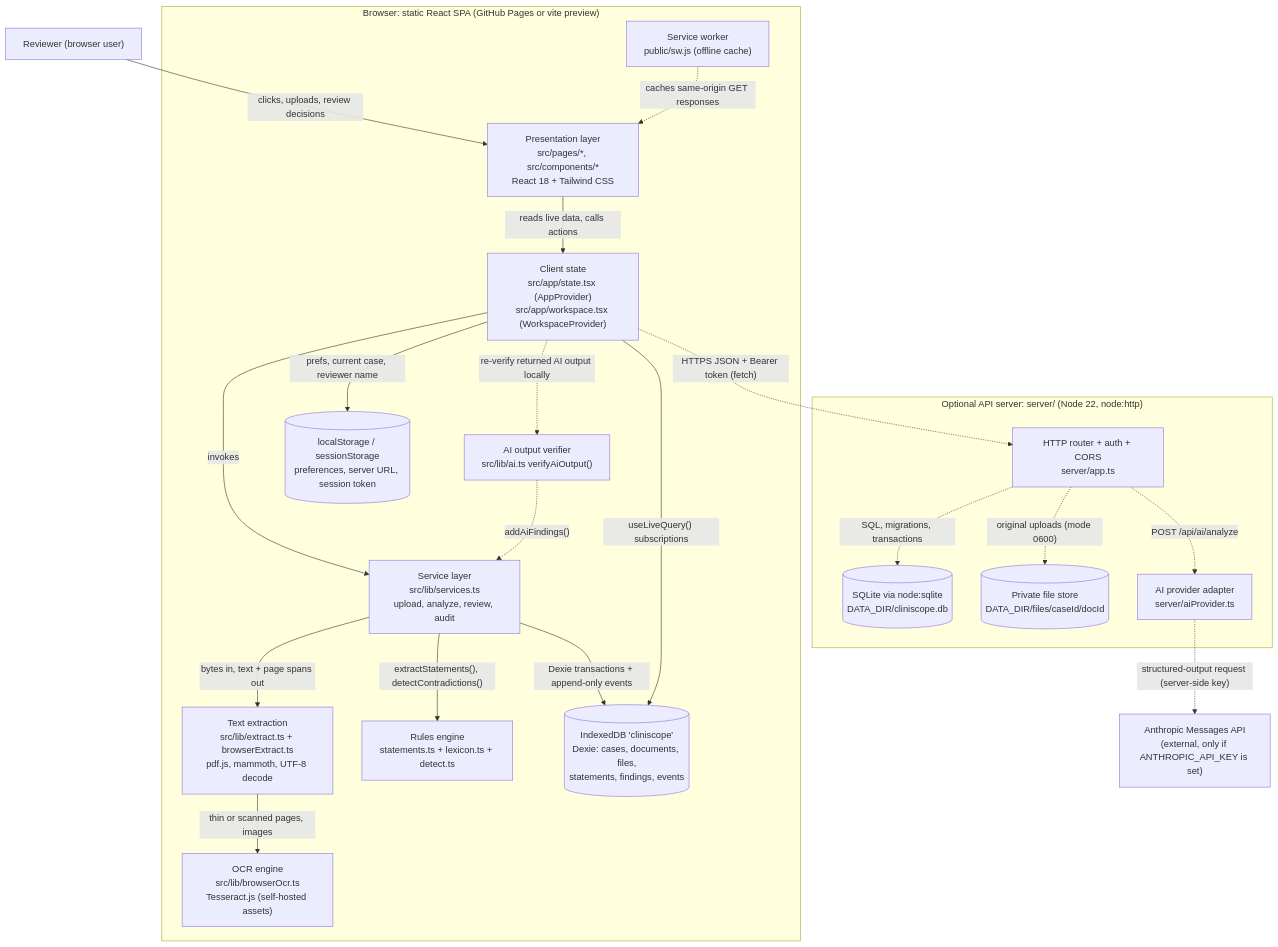
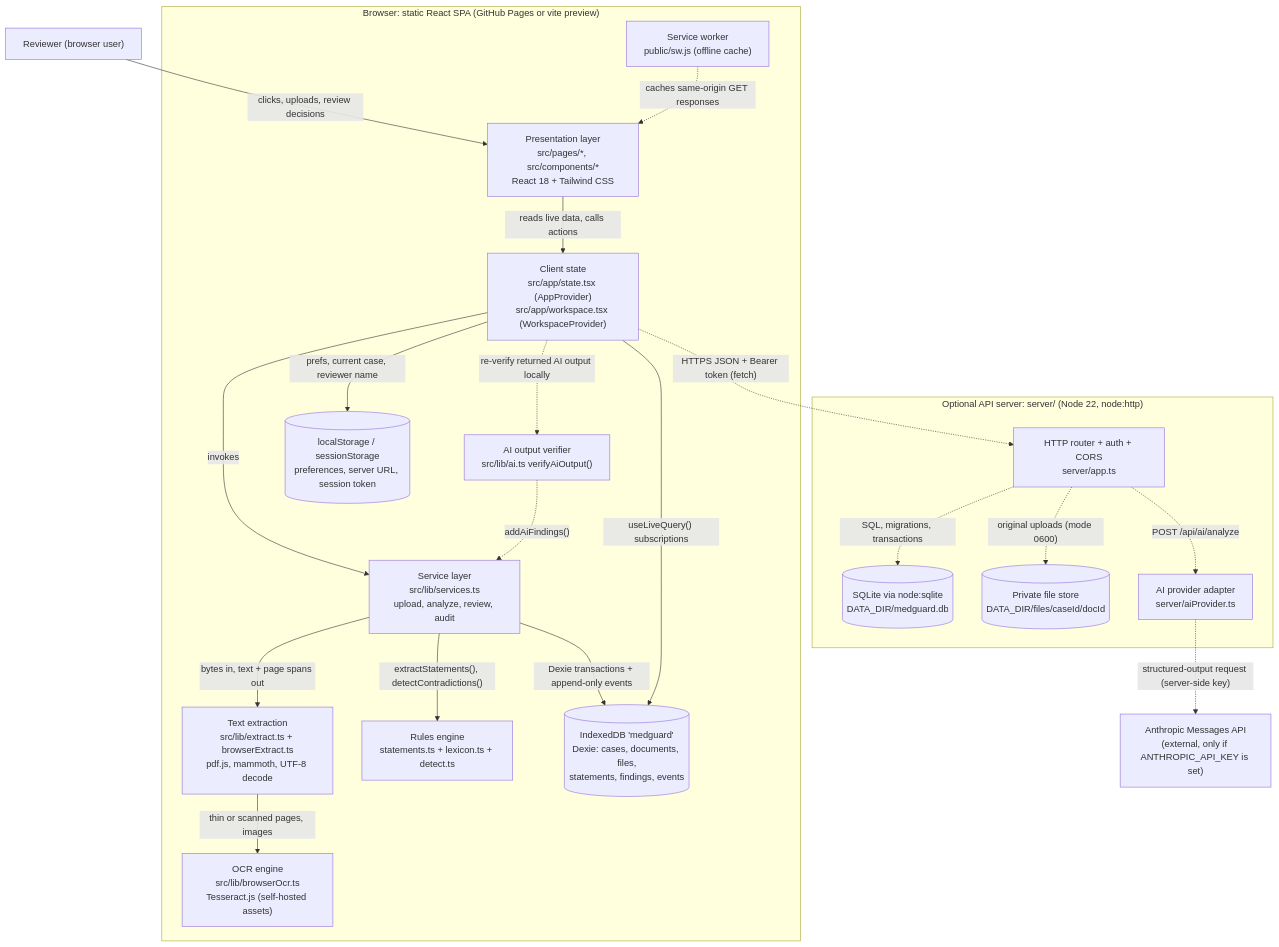
Before and after one commit to anirudhleetcode-max/cliniscope-healthcare-contradiction-detector: the first of 5 diagrams in docs/technical/ARCHITECTURE.md, drawn with Mermaid. The commit also changed other lines of this file and 8 other files, not shown here.

````diff
--- a/docs/technical/ARCHITECTURE.md
+++ b/docs/technical/ARCHITECTURE.md
@@ -49,45 +49,45 @@
 ```mermaid
 flowchart TD
     U["Reviewer (browser user)"]
 
     subgraph Browser["Browser: static React SPA (GitHub Pages or vite preview)"]
         UI["Presentation layer<br/>src/pages/*, src/components/*<br/>React 18 + Tailwind CSS"]
         ST["Client state<br/>src/app/state.tsx (AppProvider)<br/>src/app/workspace.tsx (WorkspaceProvider)"]
         SV["Service layer<br/>src/lib/services.ts<br/>upload, analyze, review, audit"]
         EX["Text extraction<br/>src/lib/extract.ts + browserExtract.ts<br/>pdf.js, mammoth, UTF-8 decode"]
         OCR["OCR engine<br/>src/lib/browserOcr.ts<br/>Tesseract.js (self-hosted assets)"]
         RULES["Rules engine<br/>statements.ts + lexicon.ts + detect.ts"]
         AIV["AI output verifier<br/>src/lib/ai.ts verifyAiOutput()"]
-        IDB[("IndexedDB 'cliniscope'<br/>Dexie: cases, documents, files,<br/>statements, findings, events")]
+        IDB[("IndexedDB 'medguard'<br/>Dexie: cases, documents, files,<br/>statements, findings, events")]
         LS[("localStorage / sessionStorage<br/>preferences, server URL, session token")]
         SW["Service worker<br/>public/sw.js (offline cache)"]
     end
 
     subgraph Server["Optional API server: server/ (Node 22, node:http)"]
         API["HTTP router + auth + CORS<br/>server/app.ts"]
-        SQL[("SQLite via node:sqlite<br/>DATA_DIR/cliniscope.db")]
+        SQL[("SQLite via node:sqlite<br/>DATA_DIR/medguard.db")]
         FS[("Private file store<br/>DATA_DIR/files/caseId/docId")]
         PROV["AI provider adapter<br/>server/aiProvider.ts"]
     end
 
     ANT["Anthropic Messages API<br/>(external, only if ANTHROPIC_API_KEY is set)"]
 
     U -->|"clicks, uploads, review decisions"| UI
     UI -->|"reads live data, calls actions"| ST
     ST -->|"invokes"| SV
     SV -->|"bytes in, text + page spans out"| EX
     EX -->|"thin or scanned pages, images"| OCR
     SV -->|"extractStatements(), detectContradictions()"| RULES
     SV -->|"Dexie transactions + append-only events"| IDB
     ST -->|"useLiveQuery() subscriptions"| IDB
     ST -->|"prefs, current case, reviewer name"| LS
     SW -.->|"caches same-origin GET responses"| UI
 
     ST -.->|"HTTPS JSON + Bearer token (fetch)"| API
     API -.->|"SQL, migrations, transactions"| SQL
     API -.->|"original uploads (mode 0600)"| FS
     API -.->|"POST /api/ai/analyze"| PROV
     PROV -.->|"structured-output request (server-side key)"| ANT
     ST -.->|"re-verify returned AI output locally"| AIV
     AIV -.->|"addAiFindings()"| SV
 ```
````
